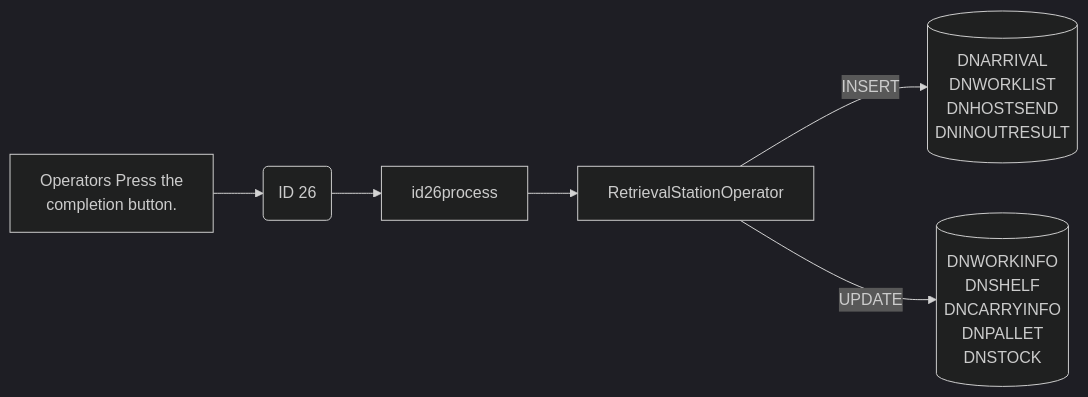
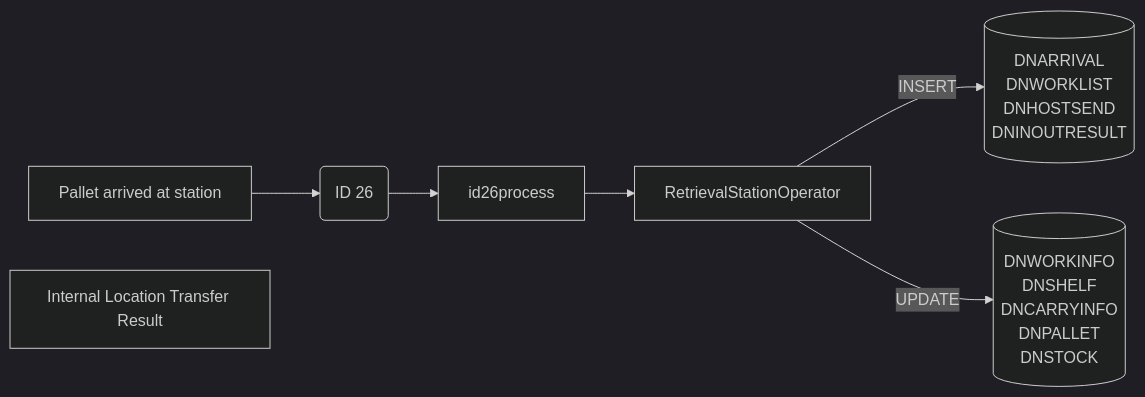
Diagram 17 of 17 in Basic-Design/DFD-WMS/Retrieval/QC-Setting/Retrieval-for-QC-Start.md (luthfiadityaa/SimeDarby-Wiki), drawn with Mermaid (dark theme) before and after one commit.

Commit message:
Updated Retrieval for QC Start

```diff
--- a/Basic-Design/DFD-WMS/Retrieval/QC-Setting/Retrieval-for-QC-Start.md
+++ b/Basic-Design/DFD-WMS/Retrieval/QC-Setting/Retrieval-for-QC-Start.md
@@ -678,38 +678,41 @@
 ::: mermaid
 flowchart LR
 
 buttonclicked["
-Operators Press the 
-completion button.
+Pallet arrived at station
+"]
+
+buttonclicked2["
+Internal Location Transfer Result 
 "]
 
 id26msg("
 ID 26
 ")
 
 id26-update[("
 DNWORKINFO
 DNSHELF
 DNCARRYINFO
 DNPALLET
 DNSTOCK
 ")]
 
 id26-insert[("
 DNARRIVAL
 DNWORKLIST
 DNHOSTSEND
 DNINOUTRESULT
 ")]
 
 id26process[id26process]
 retrievaloperator[RetrievalStationOperator]
 
 
 buttonclicked --> id26msg
 id26msg -->id26process
 id26process-->retrievaloperator
 
 retrievaloperator--> |INSERT| id26-insert
 retrievaloperator--> |UPDATE| id26-update
 :::
```
